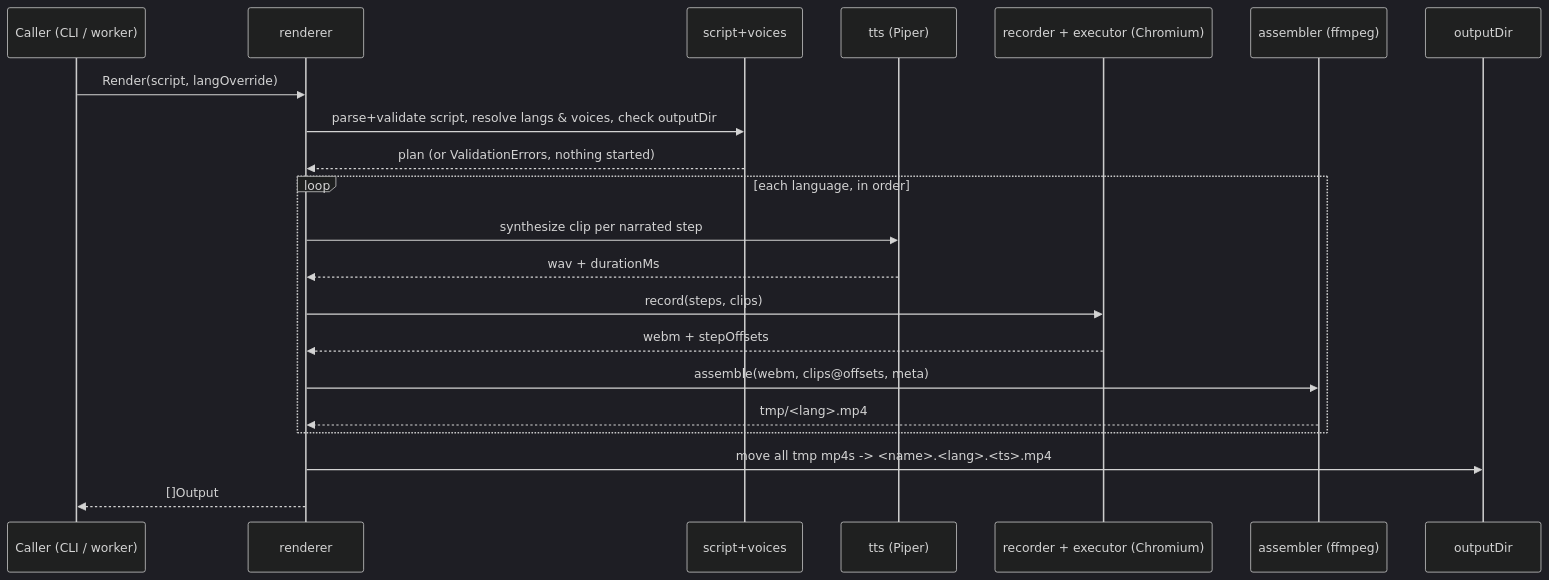
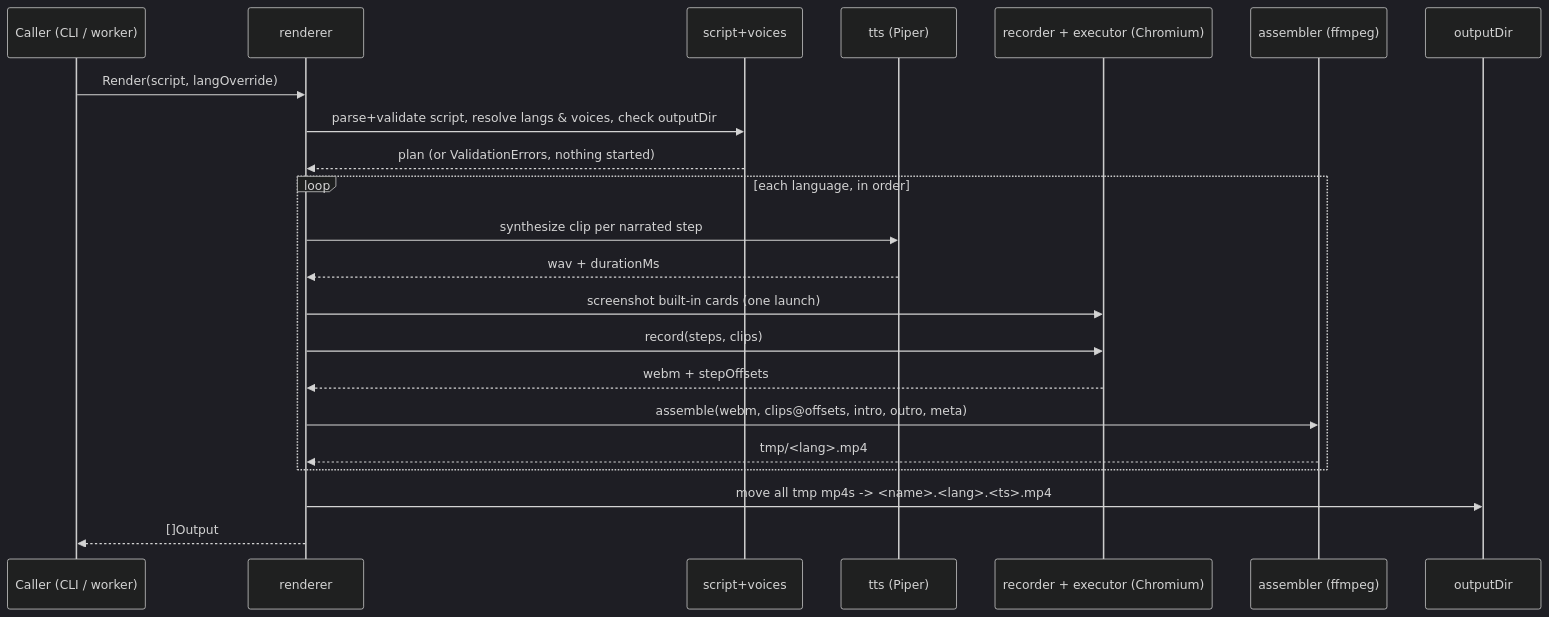
One commit to makuchpatryk/screencaster changed the second of 3 diagrams in docs/ARCHITECTURE.md. Above: the diagram before and after it, drawn with Mermaid (dark theme). The commit also changed other lines of this file and 40 other files, not shown here.

First line of the commit message:
Add intro/outro cards, render logs, demo-folder paths

````diff
--- a/docs/ARCHITECTURE.md
+++ b/docs/ARCHITECTURE.md
@@ -91,24 +92,25 @@
 ```mermaid
 sequenceDiagram
     participant C as Caller (CLI / worker)
     participant R as renderer
     participant V as script+voices
     participant T as tts (Piper)
     participant B as recorder + executor (Chromium)
     participant A as assembler (ffmpeg)
     participant FS as outputDir
 
     C->>R: Render(script, langOverride)
     R->>V: parse+validate script, resolve langs & voices, check outputDir
     V-->>R: plan (or ValidationErrors, nothing started)
     loop each language, in order
         R->>T: synthesize clip per narrated step
         T-->>R: wav + durationMs
+        R->>B: screenshot built-in cards (one launch)
         R->>B: record(steps, clips)
         B-->>R: webm + stepOffsets
-        R->>A: assemble(webm, clips@offsets, meta)
+        R->>A: assemble(webm, clips@offsets, intro, outro, meta)
         A-->>R: tmp/<lang>.mp4
     end
     R->>FS: move all tmp mp4s -> <name>.<lang>.<ts>.mp4
     R-->>C: []Output
 ```
````
